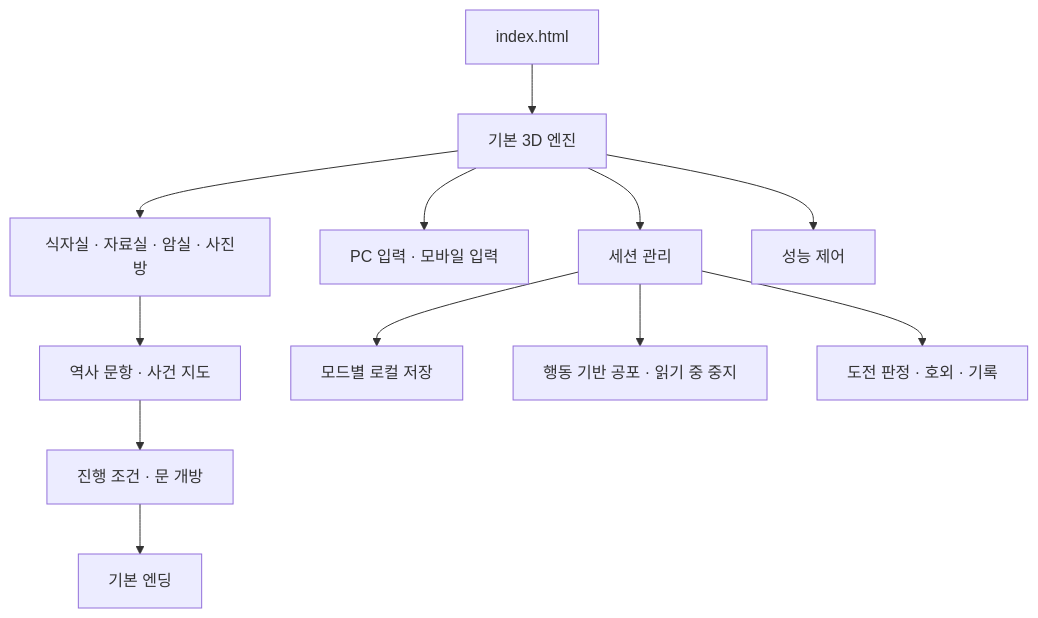
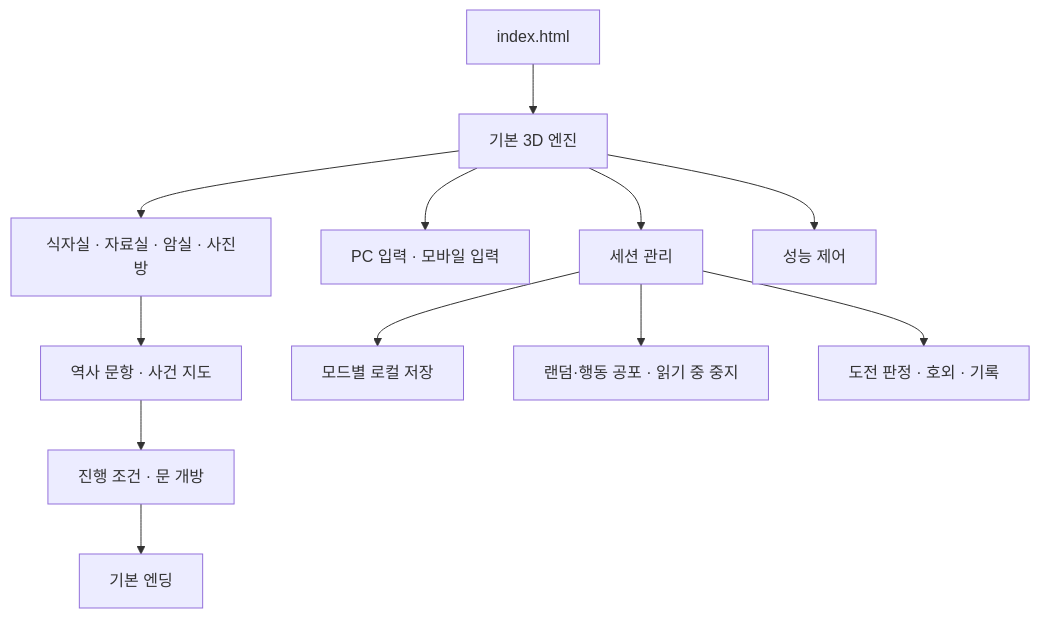
Before and after one commit to Min8309/game_01: the second of 2 diagrams in README.md, drawn with Mermaid. The commit also changed other lines of this file and 12 other files, not shown here.

````diff
--- a/README.md
+++ b/README.md
@@ -211,14 +213,14 @@
 ```mermaid
 flowchart TD
     A[index.html] --> B[기본 3D 엔진]
     B --> C[식자실 · 자료실 · 암실 · 사진방]
     B --> D[PC 입력 · 모바일 입력]
     C --> E[역사 문항 · 사건 지도]
     E --> F[진행 조건 · 문 개방]
     F --> G[기본 엔딩]
     B --> H[세션 관리]
     H --> I[모드별 로컬 저장]
-    H --> J[행동 기반 공포 · 읽기 중 중지]
+    H --> J[랜덤·행동 공포 · 읽기 중 중지]
     H --> K[도전 판정 · 호외 · 기록]
     B --> L[성능 제어]
 ```
````
